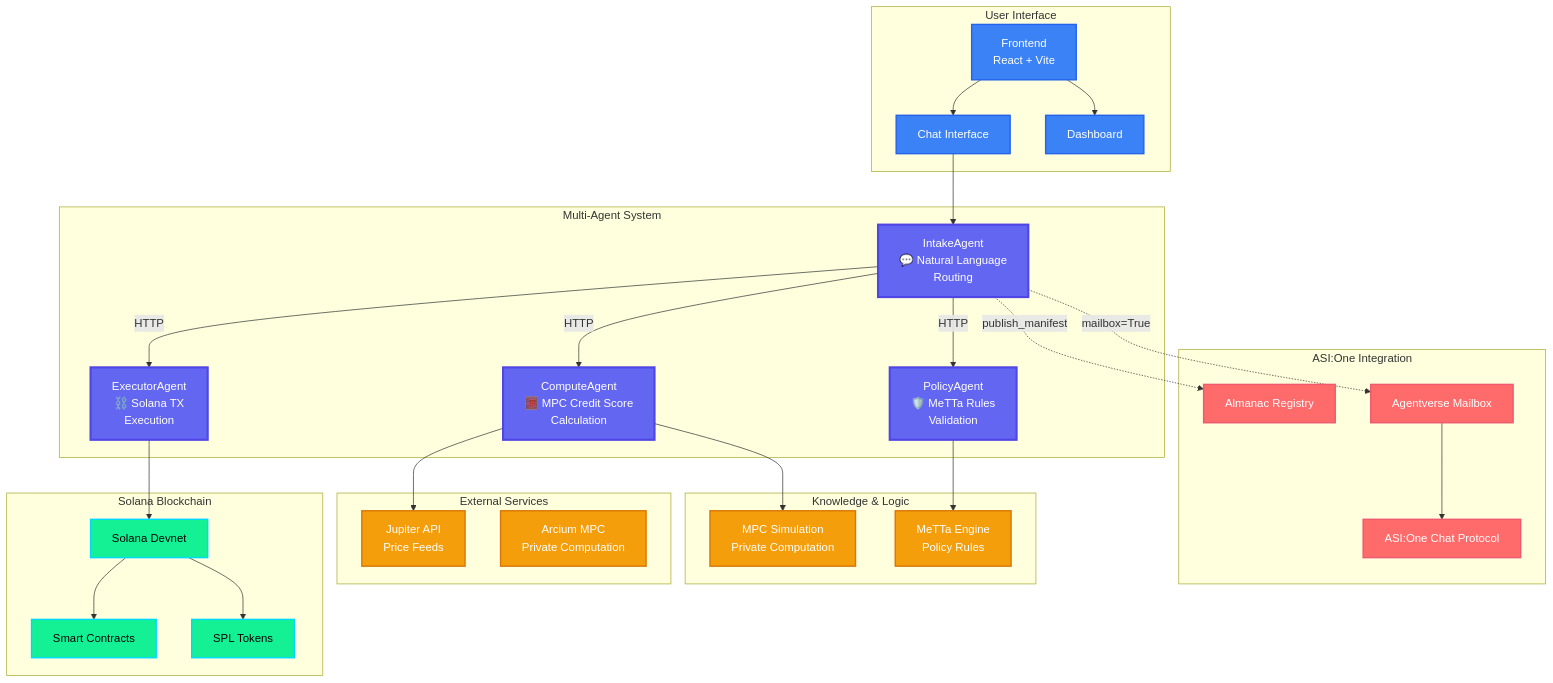
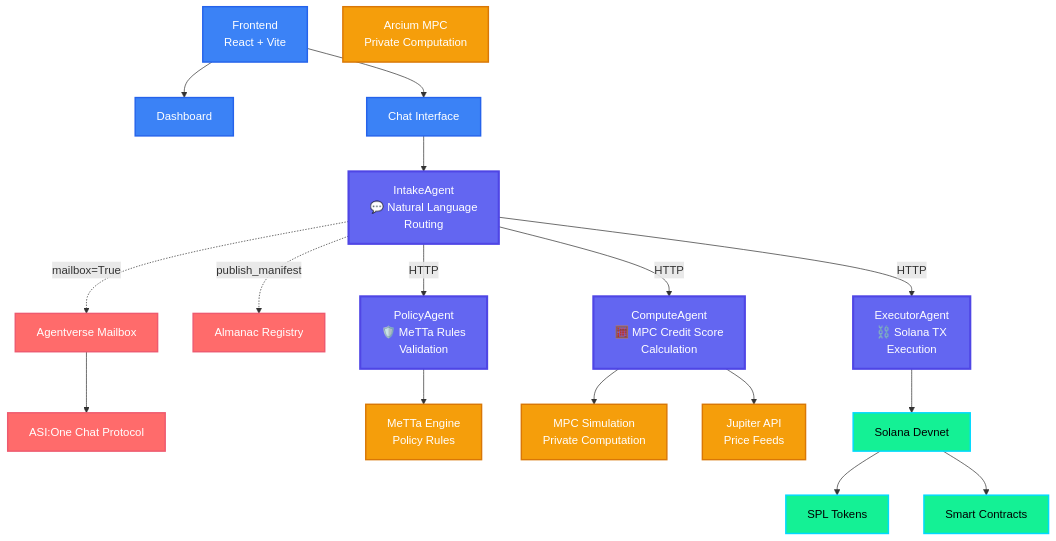
One commit to Marcos-sxt/cypherguy changed the diagram in cypherguy/docs/diagrams/cypherguy-architecture.mmd. Above: the diagram before and after it, drawn with Mermaid. The commit also changed 1 other file, not shown here.

Commit message:
fix(diagrams): remove gray backgrounds from Mermaid diagrams
- Remove subgraphs to eliminate gray background boxes
- Reorganize diagrams using comments for grouping
- Maintain visual clarity without gray backgrounds
- All diagrams now have clean white/transparent backgrounds

```diff
--- a/cypherguy/docs/diagrams/cypherguy-architecture.mmd
+++ b/cypherguy/docs/diagrams/cypherguy-architecture.mmd
@@ -1,71 +1,65 @@
 graph TB
-    subgraph "User Interface"
-        UI[Frontend<br/>React + Vite]
-        Dashboard[Dashboard]
-        Chat[Chat Interface]
-    end
+    %% User Interface Layer
+    UI[Frontend<br/>React + Vite]
+    Dashboard[Dashboard]
+    Chat[Chat Interface]
 
-    subgraph "ASI:One Integration"
-        ASIOne[ASI:One Chat Protocol]
-        Agentverse[Agentverse Mailbox]
-        Almanac[Almanac Registry]
-    end
+    %% ASI:One Integration
+    ASIOne[ASI:One Chat Protocol]
+    Agentverse[Agentverse Mailbox]
+    Almanac[Almanac Registry]
 
-    subgraph "Multi-Agent System"
-        Intake[IntakeAgent<br/>💬 Natural Language<br/>Routing]
-        Policy[PolicyAgent<br/>🛡️ MeTTa Rules<br/>Validation]
-        Compute[ComputeAgent<br/>🧮 MPC Credit Score<br/>Calculation]
-        Executor[ExecutorAgent<br/>⛓️ Solana TX<br/>Execution]
-    end
+    %% Multi-Agent System
+    Intake[IntakeAgent<br/>💬 Natural Language<br/>Routing]
+    Policy[PolicyAgent<br/>🛡️ MeTTa Rules<br/>Validation]
+    Compute[ComputeAgent<br/>🧮 MPC Credit Score<br/>Calculation]
+    Executor[ExecutorAgent<br/>⛓️ Solana TX<br/>Execution]
 
-    subgraph "Knowledge & Logic"
-        MeTTa[MeTTa Engine<br/>Policy Rules]
-        MPC[MPC Simulation<br/>Private Computation]
-    end
+    %% Knowledge & Logic
+    MeTTa[MeTTa Engine<br/>Policy Rules]
+    MPC[MPC Simulation<br/>Private Computation]
 
-    subgraph "Solana Blockchain"
-        Solana[Solana Devnet]
-        SPL[SPL Tokens]
-        SmartContract[Smart Contracts]
-    end
+    %% Solana Blockchain
+    Solana[Solana Devnet]
+    SPL[SPL Tokens]
+    SmartContract[Smart Contracts]
 
-    subgraph "External Services"
-        Jupiter[Jupiter API<br/>Price Feeds]
-        Arcium[Arcium MPC<br/>Private Computation]
-    end
+    %% External Services
+    Jupiter[Jupiter API<br/>Price Feeds]
+    Arcium[Arcium MPC<br/>Private Computation]
 
     %% User Flow
     UI --> Dashboard
     UI --> Chat
     Chat --> Intake
 
     %% ASI:One Integration
     Intake -.->|mailbox=True| Agentverse
     Agentverse --> ASIOne
     Intake -.->|publish_manifest| Almanac
 
     %% Agent Communication Flow
     Intake -->|HTTP| Policy
     Intake -->|HTTP| Compute
     Intake -->|HTTP| Executor
     Policy --> MeTTa
     Compute --> MPC
     Compute --> Jupiter
 
     %% Solana Integration
     Executor --> Solana
     Solana --> SPL
     Solana --> SmartContract
 
-    %% Styling
+    %% Styling - Clean colors, no gray backgrounds
     classDef agent fill:#6366f1,stroke:#4f46e5,stroke-width:3px,color:#fff
     classDef solana fill:#14f195,stroke:#00d9ff,stroke-width:2px,color:#000
     classDef asi fill:#ff6b6b,stroke:#ee5a6f,stroke-width:2px,color:#fff
     classDef frontend fill:#3b82f6,stroke:#2563eb,stroke-width:2px,color:#fff
     classDef service fill:#f59e0b,stroke:#d97706,stroke-width:2px,color:#fff
 
     class Intake,Policy,Compute,Executor agent
     class Solana,SPL,SmartContract solana
     class ASIOne,Agentverse,Almanac asi
     class UI,Dashboard,Chat frontend
     class Jupiter,Arcium,MeTTa,MPC service
```
